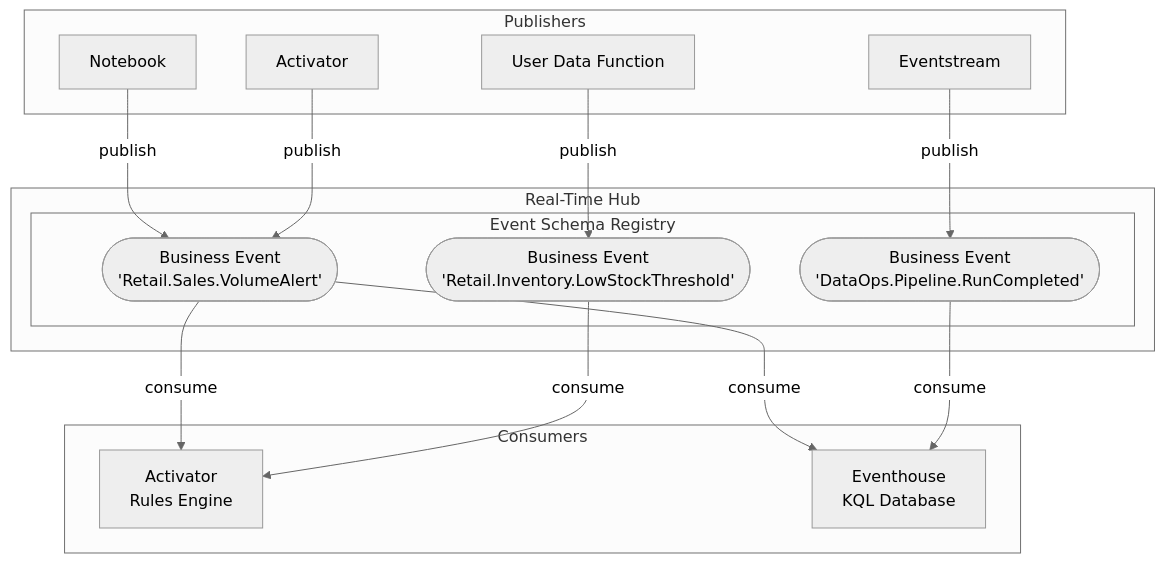
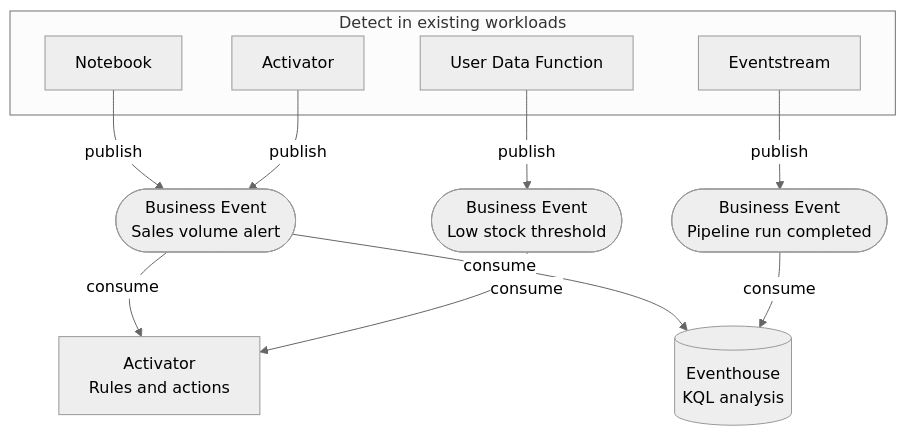
The first of 3 diagrams in docs/business-events/introduction/architecture-overview.md (microsoft/fabric-events), drawn with Mermaid (neutral theme) before and after one commit. The commit also changed other lines of this file and 15 other files, not shown here.

````diff
--- a/docs/business-events/introduction/architecture-overview.md
+++ b/docs/business-events/introduction/architecture-overview.md
@@ -7,32 +7,26 @@
 ```mermaid
 flowchart TB
-    subgraph Publishers
+    subgraph Publishers["Detect in existing workloads"]
         NB[Notebook]
         UDF[User Data Function]
         ES[Eventstream]
         ACT_P[Activator]
     end
 
-    subgraph RTH[Real-Time Hub]
-        subgraph ESR[Event Schema Registry]
-            BE1([Business Event\n'Retail.Sales.VolumeAlert'])
-            BE2([Business Event\n'Retail.Inventory.LowStockThreshold'])
-            BE3([Business Event\n'DataOps.Pipeline.RunCompleted'])
-        end
-    end
+    BE1(["Business Event<br/>Sales volume alert"])
+    BE2(["Business Event<br/>Low stock threshold"])
+    BE3(["Business Event<br/>Pipeline run completed"])
 
-    subgraph Consumers
-        ACT_C[Activator\nRules Engine]
-        EH[Eventhouse\nKQL Database]
-    end
+    ACT_C["Activator<br/>Rules and actions"]
+    EH[("Eventhouse<br/>KQL analysis")]
 
     NB -->|publish| BE1
     UDF -->|publish| BE2
     ES -->|publish| BE3
     ACT_P -->|publish| BE1
 
     BE1 -->|consume| ACT_C
     BE2 -->|consume| ACT_C
     BE1 -->|consume| EH
     BE3 -->|consume| EH
 ```
````
